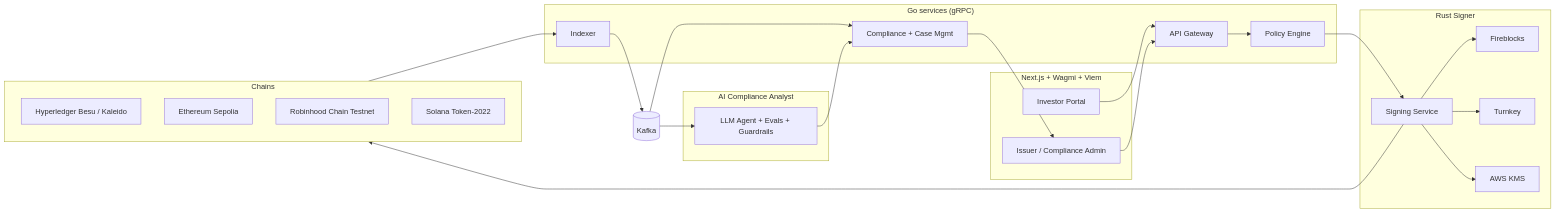
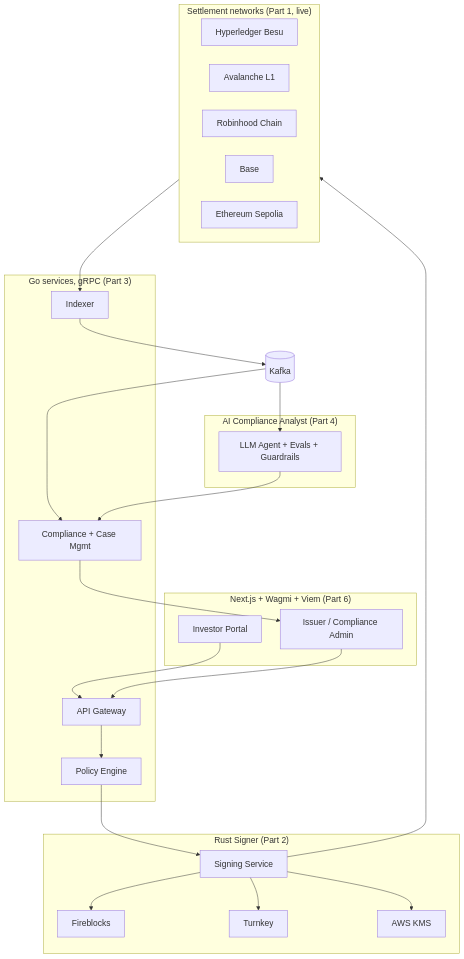
The diagram in README.md (colemanwhaylon/meridian-vault-showcase), drawn with Mermaid before and after one commit. The commit also changed other lines of this file and 1 other file, not shown here.

Commit message:
Part 1 of 6 complete: results, live contracts, build status and design notes

````diff
--- a/README.md
+++ b/README.md
@@ -31,40 +78,42 @@
 ```mermaid
-flowchart LR
-  subgraph Frontend["Next.js + Wagmi + Viem"]
+%%{init: {"theme": "default", "themeVariables": {"fontSize": "18px"}, "flowchart": {"nodeSpacing": 40, "rankSpacing": 70}}}%%
+flowchart TB
+  subgraph Frontend["Next.js + Wagmi + Viem (Part 6)"]
     I[Investor Portal]
     A[Issuer / Compliance Admin]
   end
-  subgraph Services["Go services (gRPC)"]
+  subgraph Services["Go services, gRPC (Part 3)"]
     API[API Gateway]
     POL[Policy Engine]
     CMP[Compliance + Case Mgmt]
     IDX[Indexer]
   end
-  subgraph Custody["Rust Signer"]
+  subgraph Custody["Rust Signer (Part 2)"]
     SG[Signing Service]
     FB[Fireblocks]
     TK[Turnkey]
     KMS[AWS KMS]
   end
-  subgraph AI["AI Compliance Analyst"]
+  subgraph AI["AI Compliance Analyst (Part 4)"]
     AG[LLM Agent + Evals + Guardrails]
   end
   K[(Kafka)]
-  subgraph Chains
-    BESU[Hyperledger Besu / Kaleido]
+  subgraph Chains["Settlement networks (Part 1, live)"]
+    BESU[Hyperledger Besu]
+    AVA[Avalanche L1]
+    RH[Robinhood Chain]
+    BASE[Base]
     SEP[Ethereum Sepolia]
-    RH[Robinhood Chain Testnet]
-    SOL[Solana Token-2022]
   end
   I --> API
   A --> API
   API --> POL --> SG
   SG --> FB
   SG --> TK
   SG --> KMS
   SG --> Chains
   Chains --> IDX --> K
   K --> CMP
   K --> AG
   AG --> CMP --> A
 ```
````
